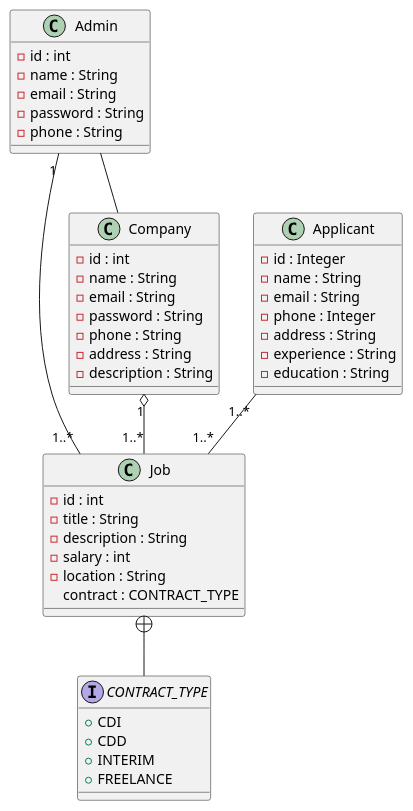
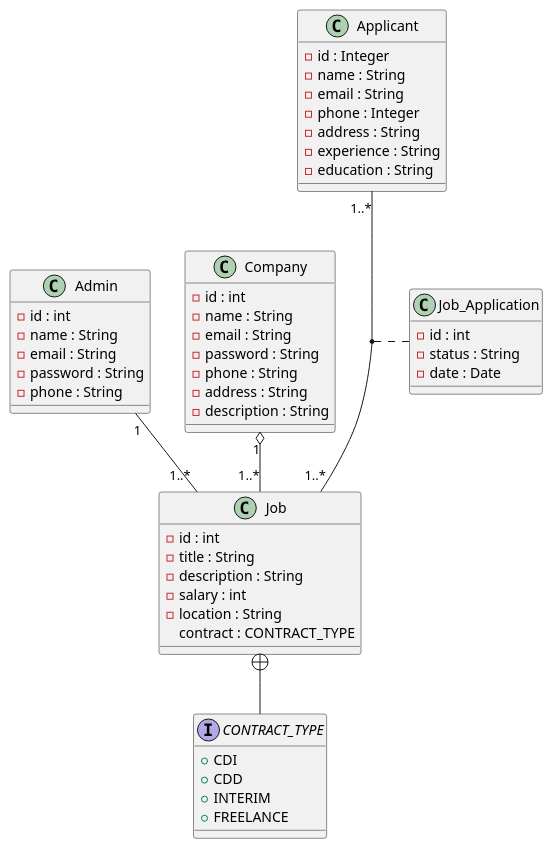
The diagram in src/main/java/com/project/MyRh/UML/MyRh.puml (mrImad007/MyRh), drawn with PlantUML before and after one commit.

Commit message:
PlantUml : Class Diagram : Modified

```diff
--- a/src/main/java/com/project/MyRh/UML/MyRh.puml
+++ b/src/main/java/com/project/MyRh/UML/MyRh.puml
@@ -1,52 +1,59 @@
 @startuml
 class Admin {
     -id : int
     -name : String
     -email : String
     -password : String
     -phone : String
     }
 
 class Applicant {
     -id : Integer
     -name : String
     -email : String
     -phone : Integer
     -address : String
     -experience : String
     -education : String
     }
 
 class Job {
     -id : int
     -title : String
     -description : String
     -salary : int
     -location : String
     contract : CONTRACT_TYPE
     }
 
 class Company{
     -id : int
     -name : String
     -email : String
     -password : String
     -phone : String
     -address : String
     -description : String
     }
+class Job_Application{
+    -id : int
+    -status : String
+    -date : Date
+    }
 
 interface CONTRACT_TYPE{
     +CDI
     +CDD
     +INTERIM
     +FREELANCE
     }
 
 
+
 Company  "1" o-- "1..*" Job
-Admin -- Company
 Admin  "1" -- "1..*" Job
 Job +-- CONTRACT_TYPE
 Applicant "1..*" -- "1..*" Job
+(Job, Applicant) .. Job_Application
+
 @enduml
```
